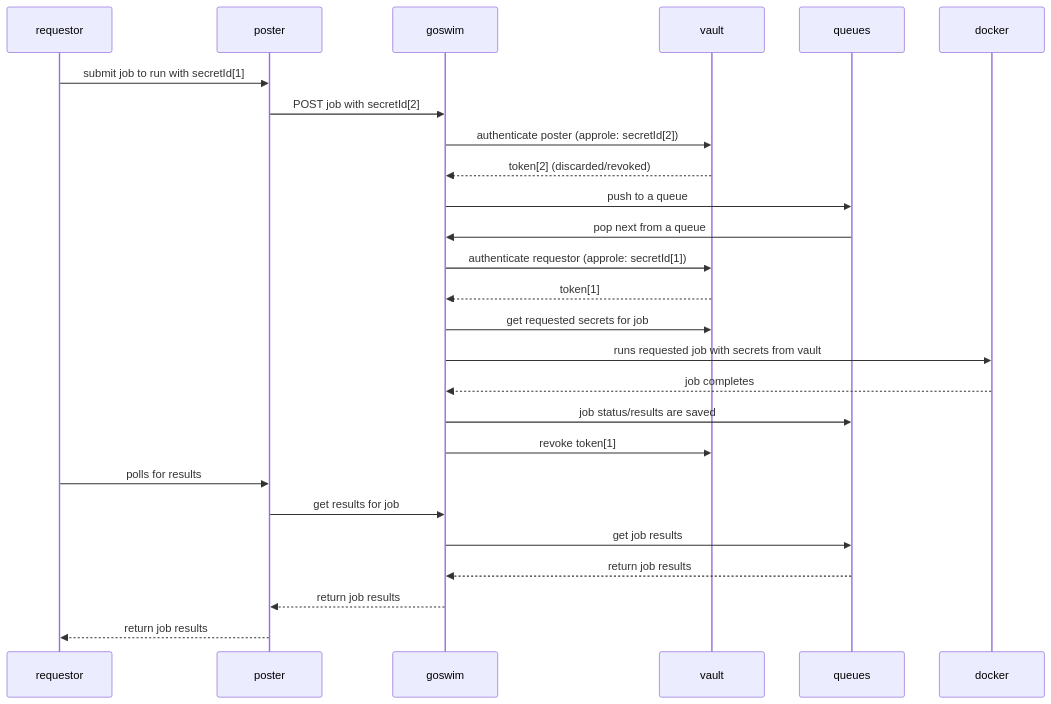
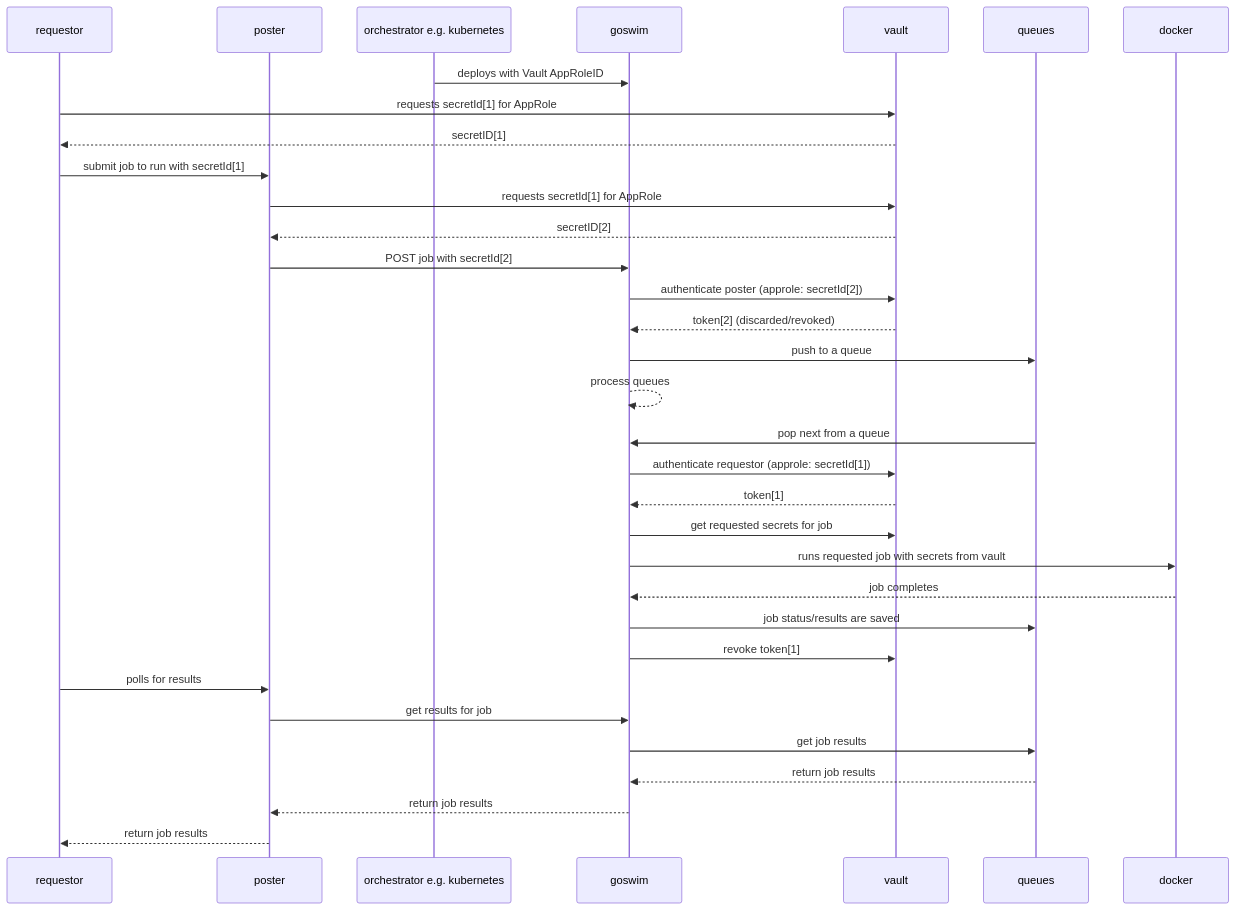
The second of 5 diagrams in docs/jobsequence.md (goethite/gostint), drawn with Mermaid before and after one commit. The commit also changed other lines of this file and 2 other files, not shown here.

Commit message:
brainstormed job sequence diagrams

````diff
--- a/docs/jobsequence.md
+++ b/docs/jobsequence.md
@@ -3,30 +45,41 @@
 ```mermaid
 sequenceDiagram
   participant requestor
   participant poster
+  participant o as orchestrator e.g. kubernetes
   participant goswim
   participant vault
   participant queues
   participant docker
 
+  o->>goswim: deploys with Vault AppRoleID
+  requestor->>vault: requests secretId[1] for AppRole
+  vault-->>requestor: secretID[1]
   requestor->>poster: submit job to run with secretId[1]
+
+  poster->>vault: requests secretId[1] for AppRole
+  vault-->>poster: secretID[2]
   poster->>goswim: POST job with secretId[2]
+
   goswim->>vault: authenticate poster (approle: secretId[2])
   vault-->>goswim: token[2] (discarded/revoked)
   goswim->>queues: push to a queue
+
+  goswim-->>goswim: process queues
+
   queues->>goswim: pop next from a queue
   goswim->>vault: authenticate requestor (approle: secretId[1])
   vault-->>goswim: token[1]
   goswim->>vault: get requested secrets for job
   goswim->>docker: runs requested job with secrets from vault
   docker-->>goswim: job completes
   goswim->>queues: job status/results are saved
   goswim->>vault: revoke token[1]
 
   requestor->>poster: polls for results
   poster->>goswim: get results for job
   goswim->>queues: get job results
   queues-->>goswim: return job results
   goswim-->>poster: return job results
   poster-->>requestor: return job results
 ```
````
